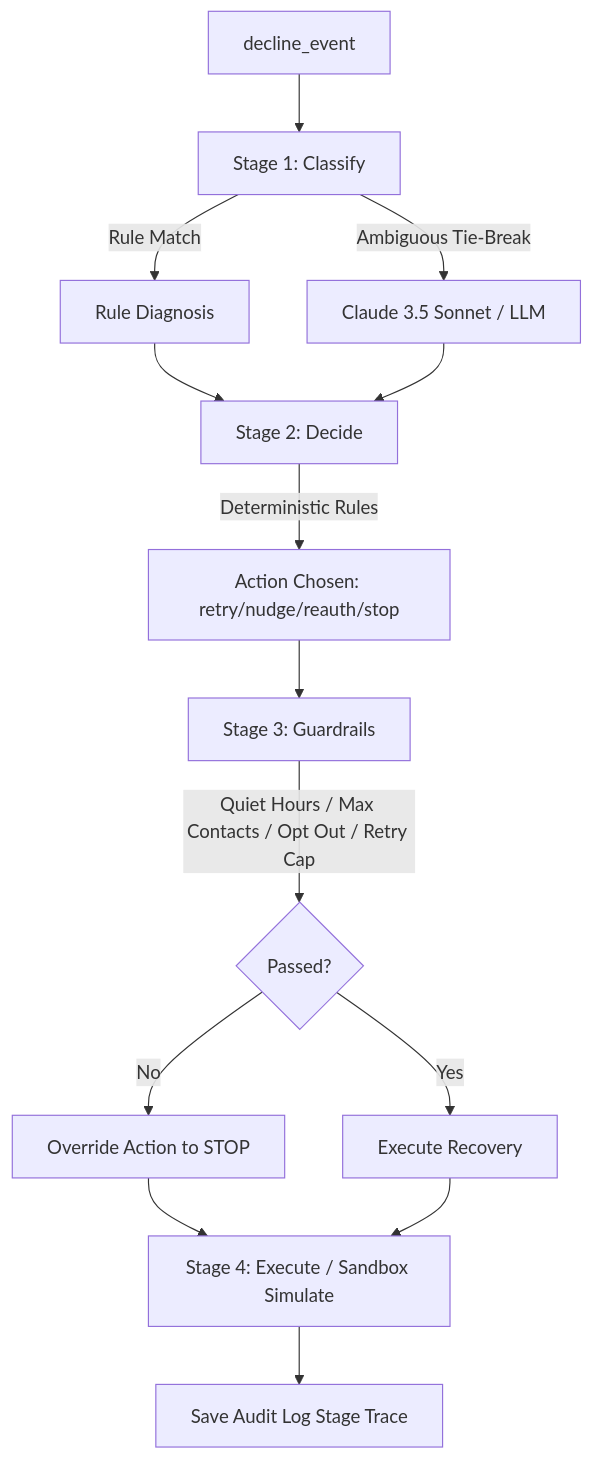
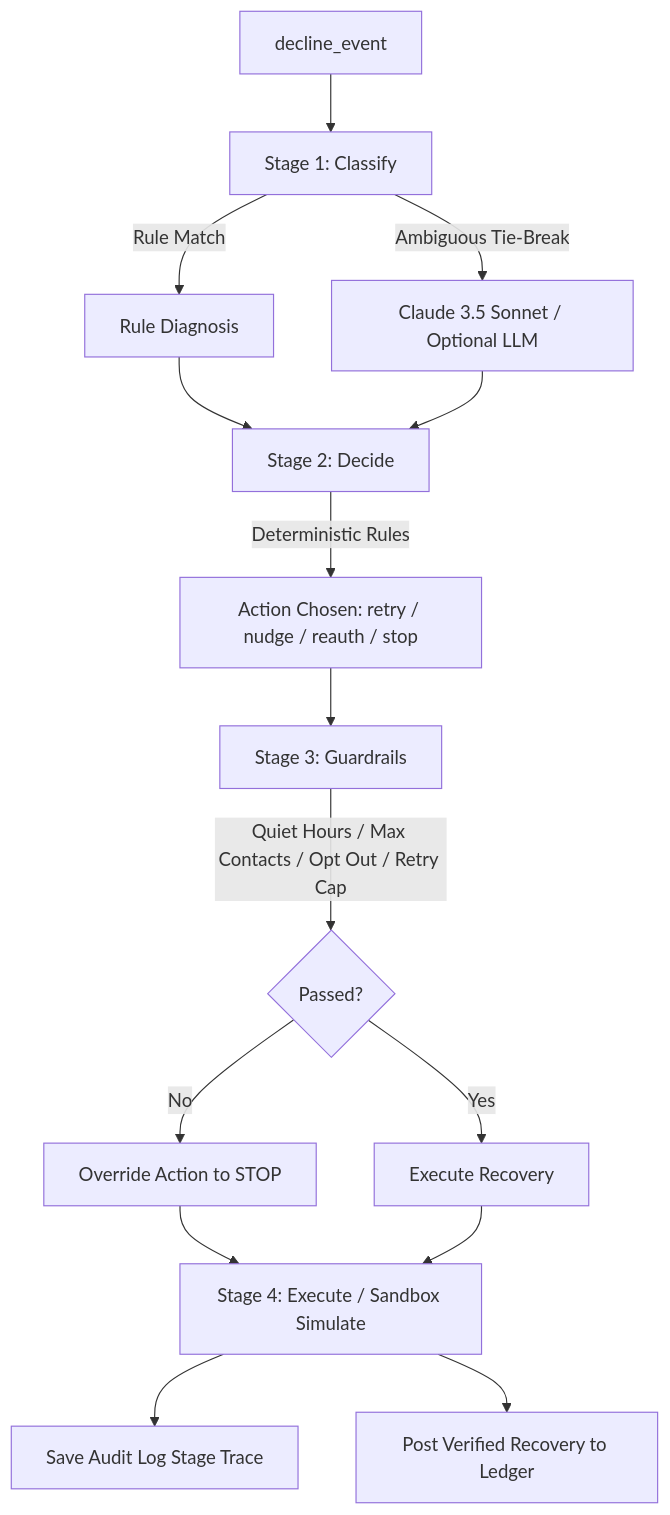
Before and after one commit to fuzziecoder/mandate-rescue-agent: the diagram in README.md, drawn with Mermaid. The commit also changed other lines of this file, not shown here.

````diff
--- a/README.md
+++ b/README.md
@@ -13,16 +68,25 @@
 ```mermaid
 graph TD
     A[decline_event] --> B[Stage 1: Classify]
+
     B -->|Rule Match| C[Rule Diagnosis]
-    B -->|Ambiguous Tie-Break| D[Claude 3.5 Sonnet / LLM]
+    B -->|Ambiguous Tie-Break| D[Claude 3.5 Sonnet / Optional LLM]
+
     C --> E[Stage 2: Decide]
     D --> E
-    E -->|Deterministic Rules| F[Action Chosen: retry/nudge/reauth/stop]
+
+    E -->|Deterministic Rules| F[Action Chosen: retry / nudge / reauth / stop]
+
     F --> G[Stage 3: Guardrails]
+
     G -->|Quiet Hours / Max Contacts / Opt Out / Retry Cap| H{Passed?}
+
     H -->|No| I[Override Action to STOP]
     H -->|Yes| J[Execute Recovery]
+
     I --> K[Stage 4: Execute / Sandbox Simulate]
     J --> K
+
     K --> L[Save Audit Log Stage Trace]
+    K --> M[Post Verified Recovery to Ledger]
 ```
````
